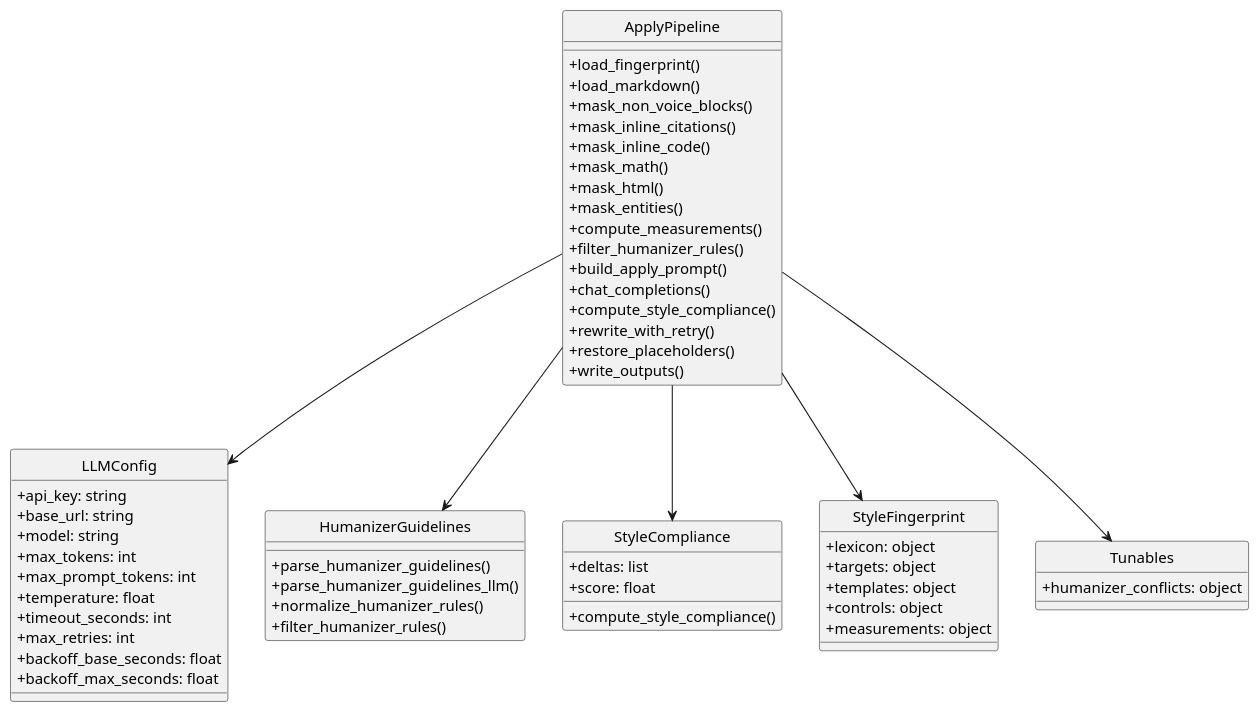
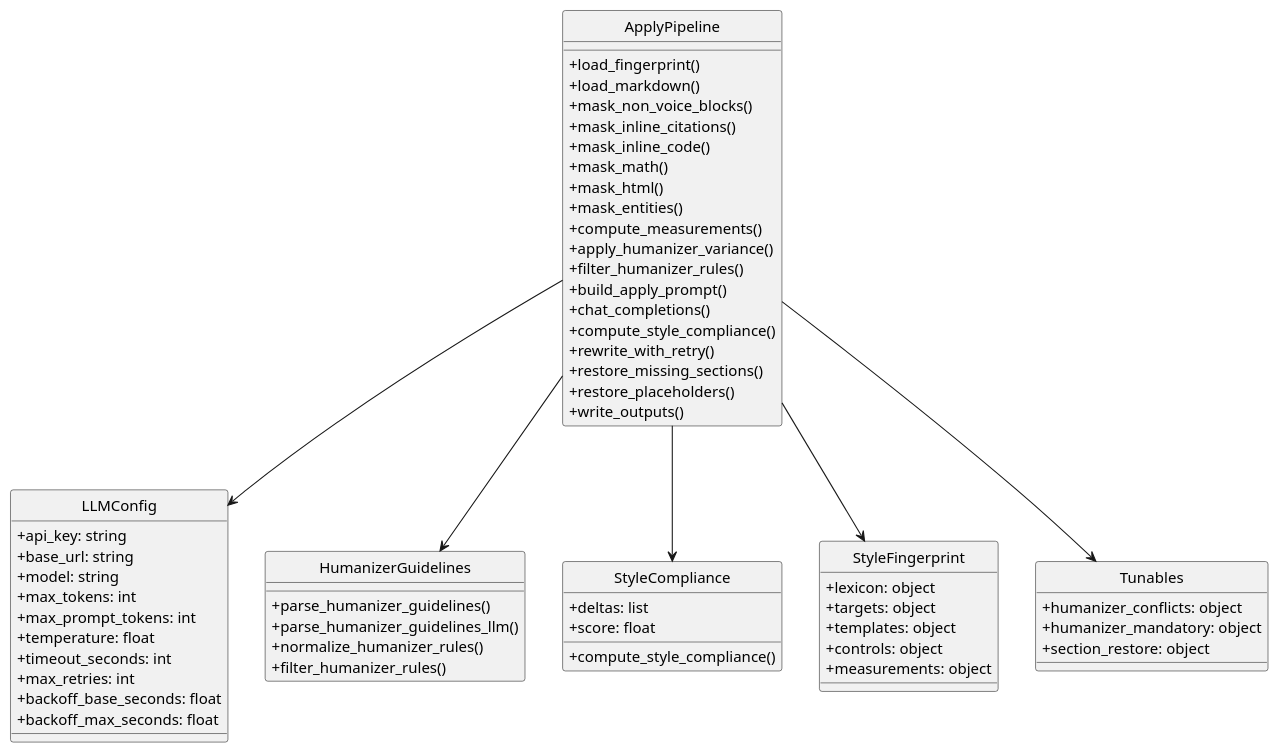
The first of 3 diagrams in UML-Apply.md (ngpepin/stylometric-transfer), drawn with PlantUML before and after one commit. The commit also changed other lines of this file and 10 other files, not shown here.

Commit message:
feat: add humanizer variance controls and tunables snapshot for auditability

````diff
--- a/UML-Apply.md
+++ b/UML-Apply.md
@@ -7,69 +7,73 @@
 ```plantuml
 @startuml
 skinparam style strictuml
 skinparam classAttributeIconSize 0
 
 class LLMConfig {
   +api_key: string
   +base_url: string
   +model: string
   +max_tokens: int
   +max_prompt_tokens: int
   +temperature: float
   +timeout_seconds: int
   +max_retries: int
   +backoff_base_seconds: float
   +backoff_max_seconds: float
 }
 
 class ApplyPipeline {
   +load_fingerprint()
   +load_markdown()
   +mask_non_voice_blocks()
   +mask_inline_citations()
   +mask_inline_code()
   +mask_math()
   +mask_html()
   +mask_entities()
   +compute_measurements()
+  +apply_humanizer_variance()
   +filter_humanizer_rules()
   +build_apply_prompt()
   +chat_completions()
   +compute_style_compliance()
   +rewrite_with_retry()
+  +restore_missing_sections()
   +restore_placeholders()
   +write_outputs()
 }
 
 class HumanizerGuidelines {
   +parse_humanizer_guidelines()
   +parse_humanizer_guidelines_llm()
   +normalize_humanizer_rules()
   +filter_humanizer_rules()
 }
 
 class StyleCompliance {
   +compute_style_compliance()
   +deltas: list
   +score: float
 }
 
 class StyleFingerprint {
   +lexicon: object
   +targets: object
   +templates: object
   +controls: object
   +measurements: object
 }
 
 class Tunables {
   +humanizer_conflicts: object
+  +humanizer_mandatory: object
+  +section_restore: object
 }
 
 ApplyPipeline --> LLMConfig
 ApplyPipeline --> StyleFingerprint
 ApplyPipeline --> HumanizerGuidelines
 ApplyPipeline --> StyleCompliance
 ApplyPipeline --> Tunables
 @enduml
 ```
````
